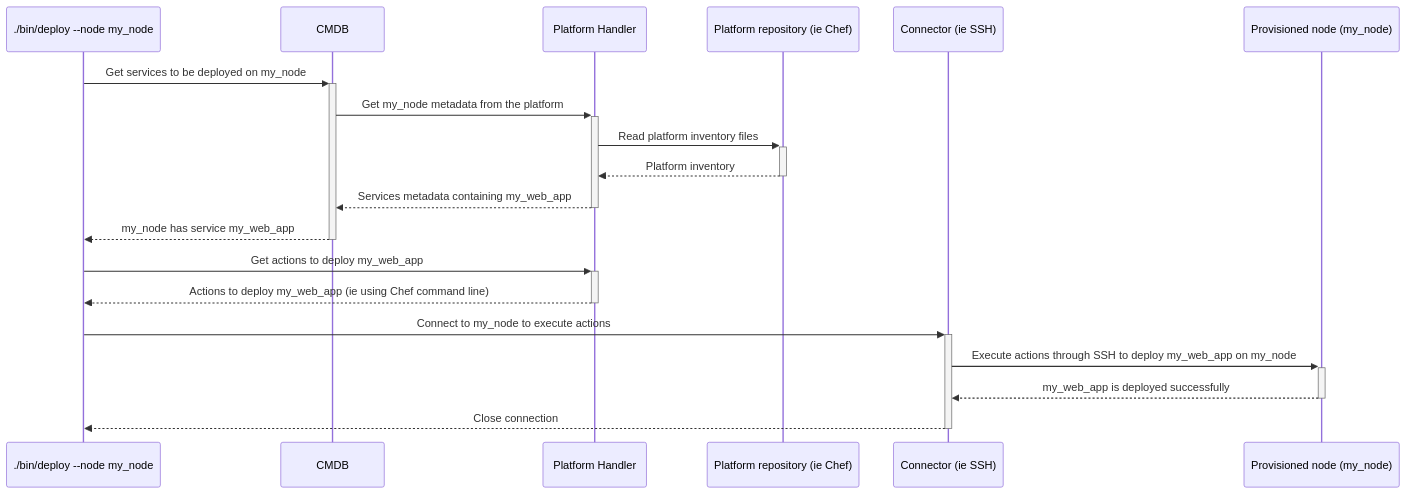
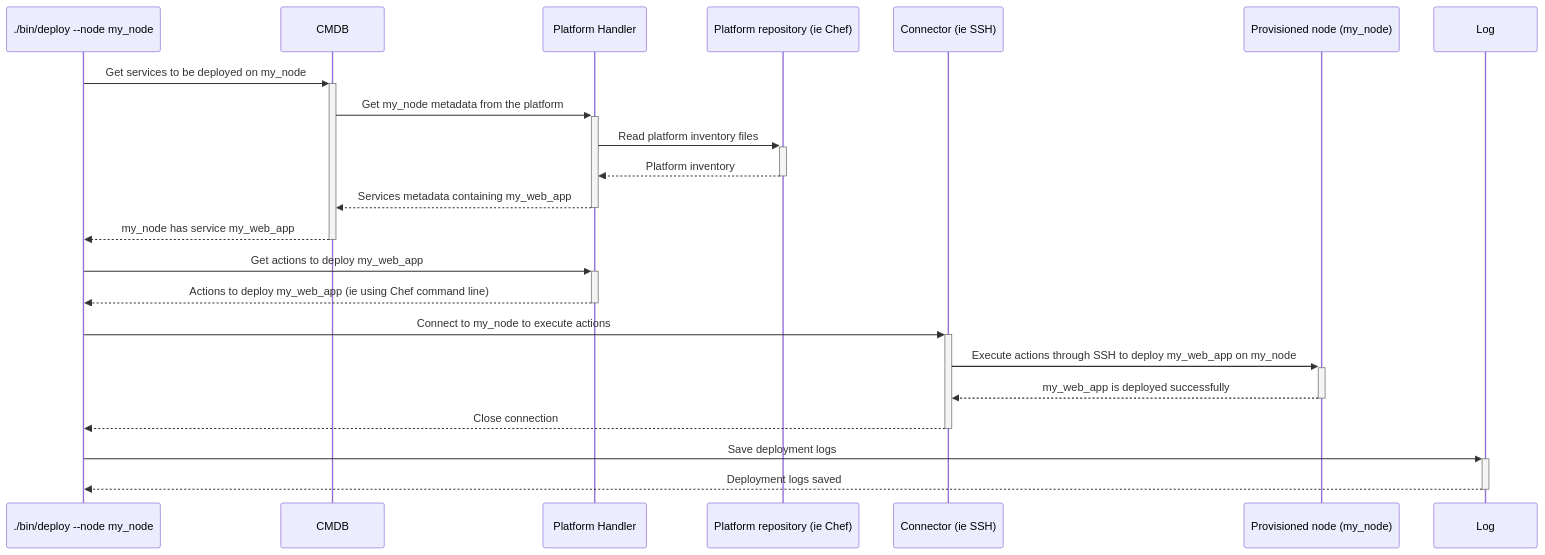
One commit to sweet-delights/hybrid-platforms-conductor changed the diagram in README.md. Above: the diagram before and after it, drawn with Mermaid. The commit also changed 19 other files, not shown here.

Commit message:
[Feature(log_remote_fs)] [#60] Add new plugins type log with a first log plugin remote_fs to extend deployment logs save functionality

````diff
--- a/README.md
+++ b/README.md
@@ -258,22 +258,25 @@
 ```mermaid
 sequenceDiagram
 participant Deploy as ./bin/deploy --node my_node
 participant CMDB as CMDB
 participant PlatformHandler as Platform Handler
 participant PlatformRepo as Platform repository (ie Chef)
 participant Connector as Connector (ie SSH)
 participant Node as Provisioned node (my_node)
+participant Log as Log
 
 Deploy->>+CMDB: Get services to be deployed on my_node
 CMDB->>+PlatformHandler: Get my_node metadata from the platform
 PlatformHandler->>+PlatformRepo: Read platform inventory files
 PlatformRepo-->>-PlatformHandler: Platform inventory
 PlatformHandler-->>-CMDB: Services metadata containing my_web_app
 CMDB-->>-Deploy: my_node has service my_web_app
 Deploy->>+PlatformHandler: Get actions to deploy my_web_app
 PlatformHandler-->>-Deploy: Actions to deploy my_web_app (ie using Chef command line)
 Deploy->>+Connector: Connect to my_node to execute actions
 Connector->>+Node: Execute actions through SSH to deploy my_web_app on my_node
 Node-->>-Connector: my_web_app is deployed successfully
 Connector-->>-Deploy: Close connection
+Deploy->>+Log: Save deployment logs
+Log-->>-Deploy: Deployment logs saved
 ```
````
